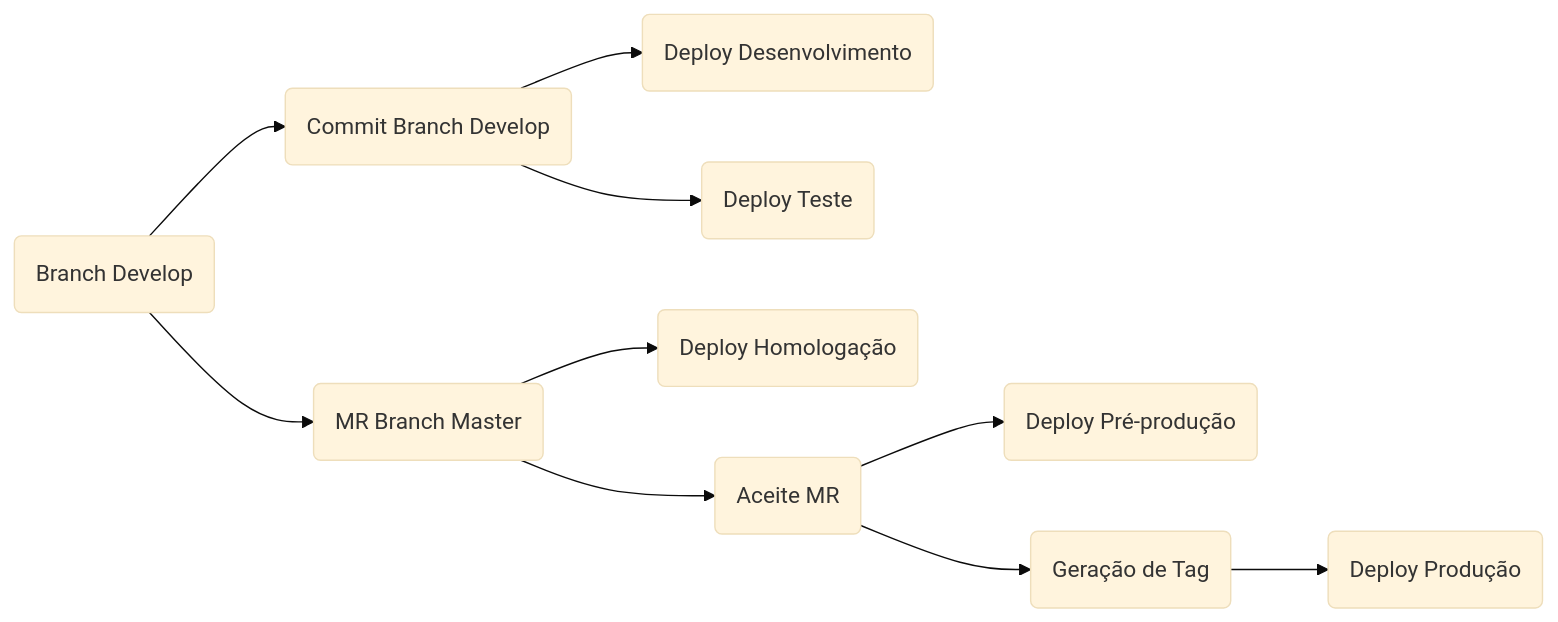
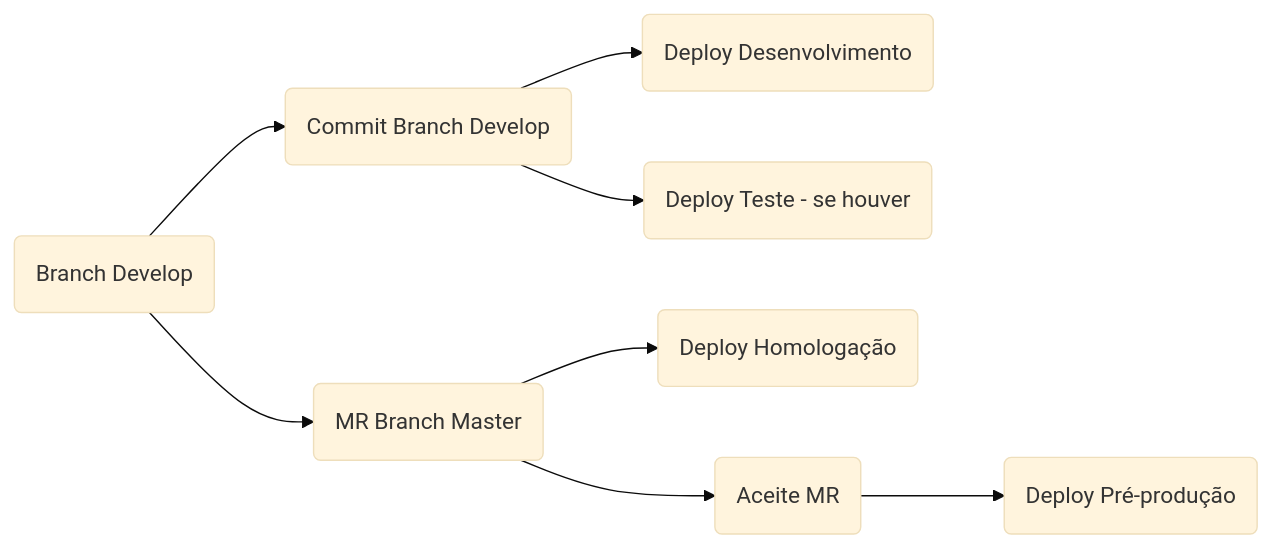
The second of 3 diagrams in cgs/repo-gitlab/pipeline.md (CAPES/guia), drawn with Mermaid (base theme) before and after one commit. The commit also changed other lines of this file, not shown here.

````diff
--- a/cgs/repo-gitlab/pipeline.md
+++ b/cgs/repo-gitlab/pipeline.md
@@ -43,12 +43,10 @@
 ```mermaid
 graph LR
     A(Branch Develop) --> B(MR Branch Master)
     A --> A1(Commit Branch Develop)
     A1 --> A2(Deploy Desenvolvimento) 
-    A1 --> A3(Deploy Teste)
+    A1 --> A3(Deploy Teste - se houver)
     B --> B1(Deploy Homologação)
     B --> C(Aceite MR)
     C --> C1(Deploy Pré-produção)
-    C --> D(Geração de Tag)
-    D --> E(Deploy Produção)    
 ```
````
